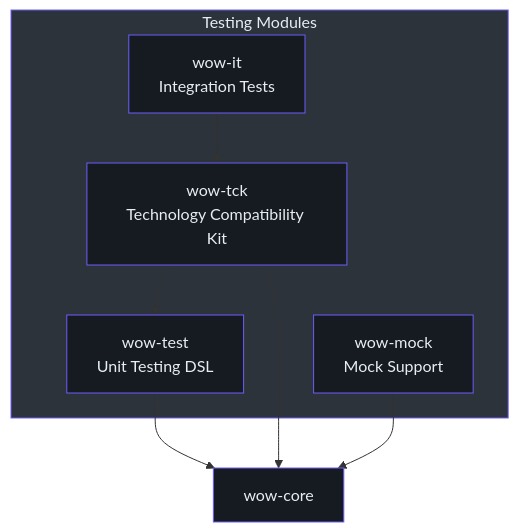
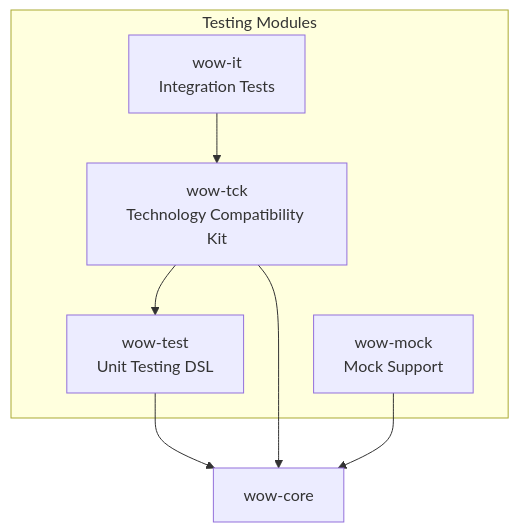
Before and after one commit to Ahoo-Wang/Wow: the third of 3 diagrams in documentation/docs/en/guide/advanced/module-dependencies.md, drawn with Mermaid. The commit also changed other lines of this file and 32 other files, not shown here.

Commit message:
docs: remove unsupported style/classDef directives from stateDiagram-v2 Mermaid blocks

````diff
--- a/documentation/docs/en/guide/advanced/module-dependencies.md
+++ b/documentation/docs/en/guide/advanced/module-dependencies.md
@@ -406,25 +366,19 @@
 ```mermaid
 graph TB
     subgraph Testing["Testing Modules"]
         wow_test["wow-test<br>Unit Testing DSL"]
         wow_tck["wow-tck<br>Technology Compatibility Kit"]
         wow_mock["wow-mock<br>Mock Support"]
         wow_it["wow-it<br>Integration Tests"]
     end
 
     wow_tck --> wow_test
     wow_it --> wow_tck
 
     wow_test --> wow_core["wow-core"]
     wow_tck --> wow_core
     wow_mock --> wow_core
 
-    style Testing fill:#2d333b,stroke:#6d5dfc,color:#e6edf3
-    style wow_test fill:#161b22,stroke:#6d5dfc,color:#e6edf3
-    style wow_tck fill:#161b22,stroke:#6d5dfc,color:#e6edf3
-    style wow_mock fill:#161b22,stroke:#6d5dfc,color:#e6edf3
-    style wow_it fill:#161b22,stroke:#6d5dfc,color:#e6edf3
-    style wow_core fill:#161b22,stroke:#6d5dfc,color:#e6edf3
 
 
 ```
````
